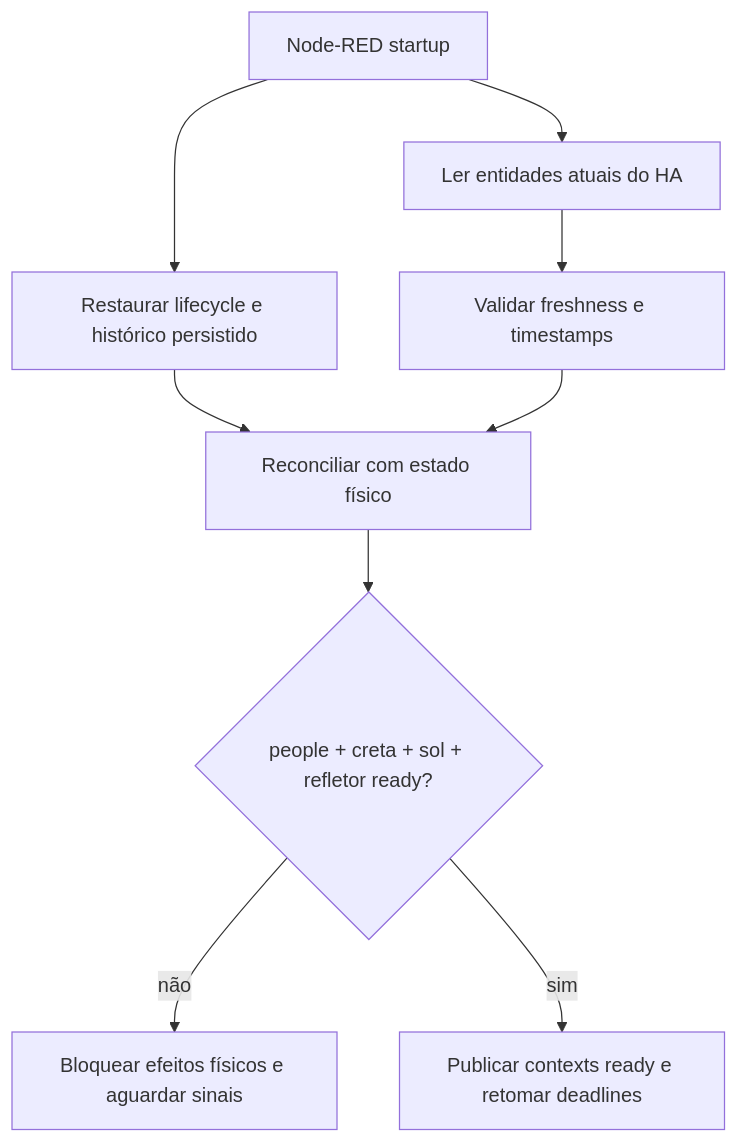
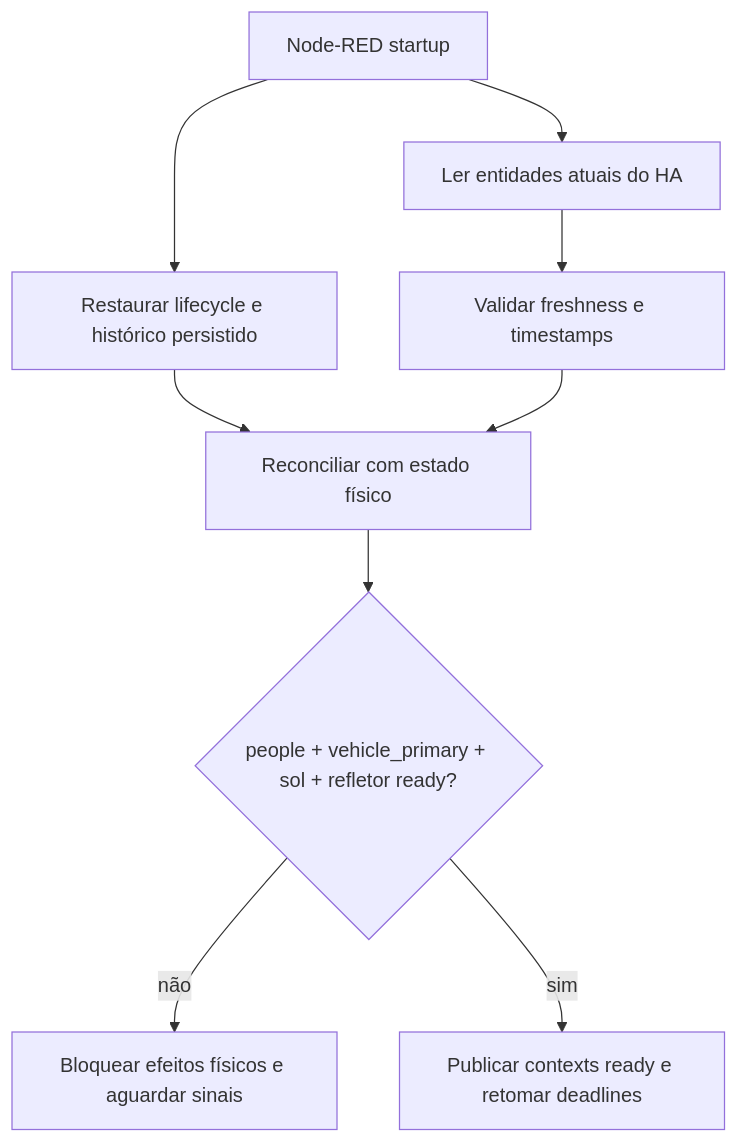
One commit to gabrafur/my_smart_home changed the second of 2 diagrams in docs/ILUMINACAO_SEGURANCA_NODERED.md. Above: the diagram before and after it, drawn with Mermaid. The commit also changed other lines of this file and 87 other files, not shown here.

````diff
--- a/docs/ILUMINACAO_SEGURANCA_NODERED.md
+++ b/docs/ILUMINACAO_SEGURANCA_NODERED.md
@@ -267,11 +267,11 @@
 ```mermaid
 flowchart TD
     N[Node-RED startup] --> P[Restaurar lifecycle e histórico persistido]
     N --> H[Ler entidades atuais do HA]
     H --> F[Validar freshness e timestamps]
     P --> R[Reconciliar com estado físico]
     F --> R
-    R --> C{people + creta + sol + refletor ready?}
+    R --> C{people + vehicle_primary + sol + refletor ready?}
     C -->|não| B[Bloquear efeitos físicos e aguardar sinais]
     C -->|sim| D[Publicar contexts ready e retomar deadlines]
 ```
````
